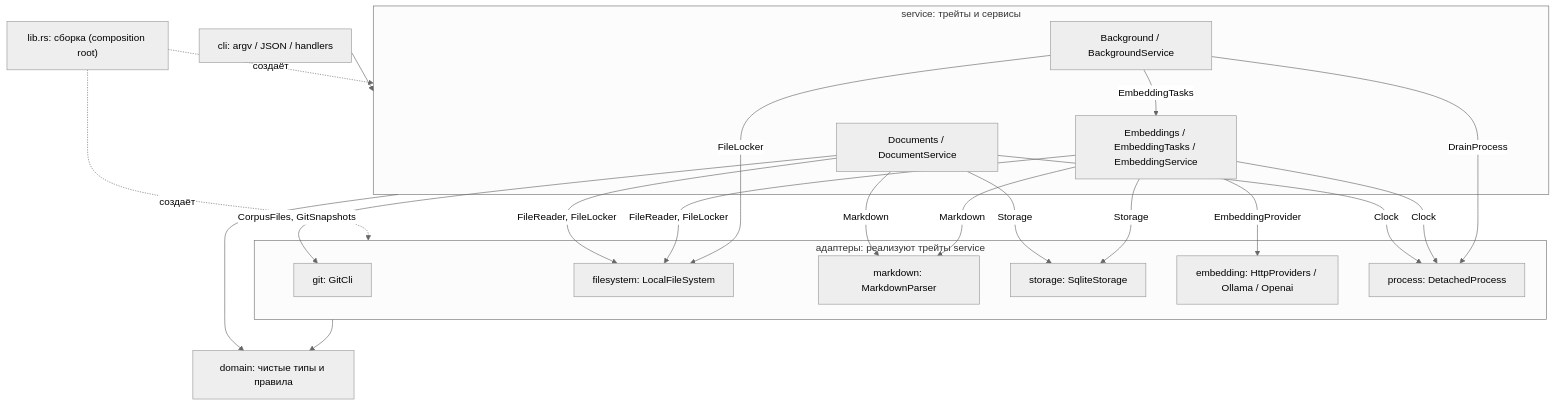
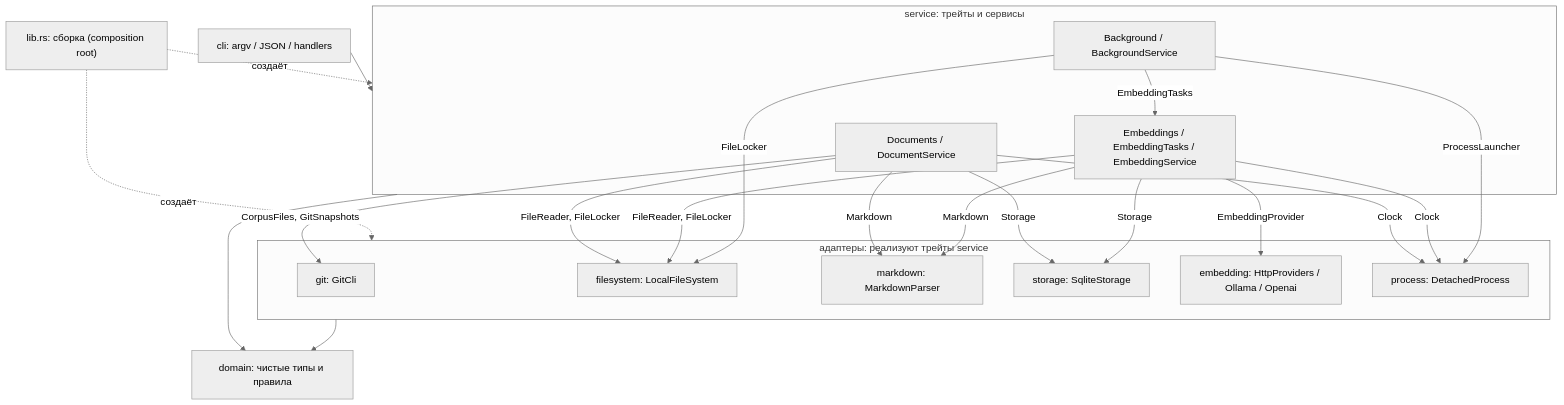
One commit to zdkadiev/letopis changed the diagram in docs/subsystem-map.md. Above: the diagram before and after it, drawn with Mermaid (neutral theme). The commit also changed other lines of this file and 87 other files, not shown here.

````diff
--- a/docs/subsystem-map.md
+++ b/docs/subsystem-map.md
@@ -28,34 +28,34 @@
 ```mermaid
 flowchart TD
     CLI["cli: argv / JSON / handlers"] --> SVC
     LIB["lib.rs: сборка (composition root)"] -.создаёт.-> SVC
     LIB -.создаёт.-> ADP
     subgraph SVC["service: трейты и сервисы"]
         DOCS["Documents / DocumentService"]
         EMB["Embeddings / EmbeddingTasks / EmbeddingService"]
         BG["Background / BackgroundService"]
     end
     subgraph ADP["адаптеры: реализуют трейты service"]
         GIT["git: GitCli"]
         FS["filesystem: LocalFileSystem"]
         MD["markdown: MarkdownParser"]
         ST["storage: SqliteStorage"]
         HTTP["embedding: HttpProviders / Ollama / Openai"]
         PROC["process: DetachedProcess"]
     end
     SVC --> DOM["domain: чистые типы и правила"]
     ADP --> DOM
     DOCS -->|CorpusFiles, GitSnapshots| GIT
     DOCS -->|FileReader, FileLocker| FS
     DOCS -->|Clock| PROC
     DOCS -->|Markdown| MD
     DOCS -->|Storage| ST
     EMB -->|Storage| ST
     EMB -->|FileReader, FileLocker| FS
     EMB -->|Clock| PROC
     EMB -->|Markdown| MD
     EMB -->|EmbeddingProvider| HTTP
     BG -->|EmbeddingTasks| EMB
     BG -->|FileLocker| FS
-    BG -->|DrainProcess| PROC
+    BG -->|ProcessLauncher| PROC
 ```
````
